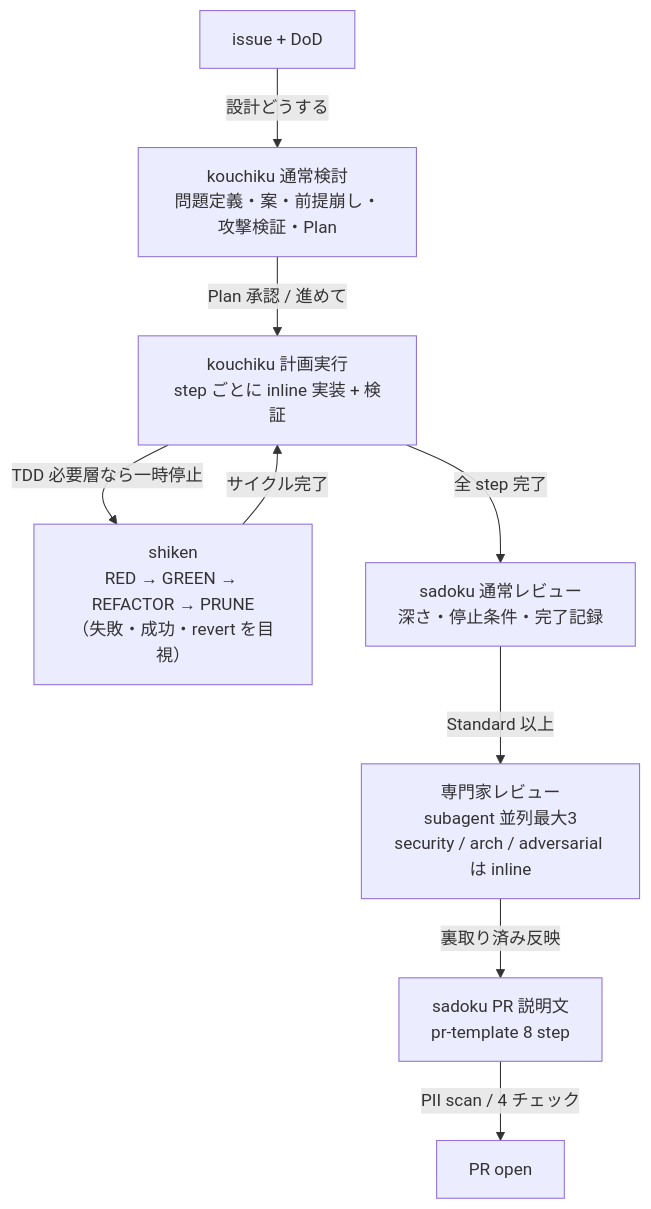
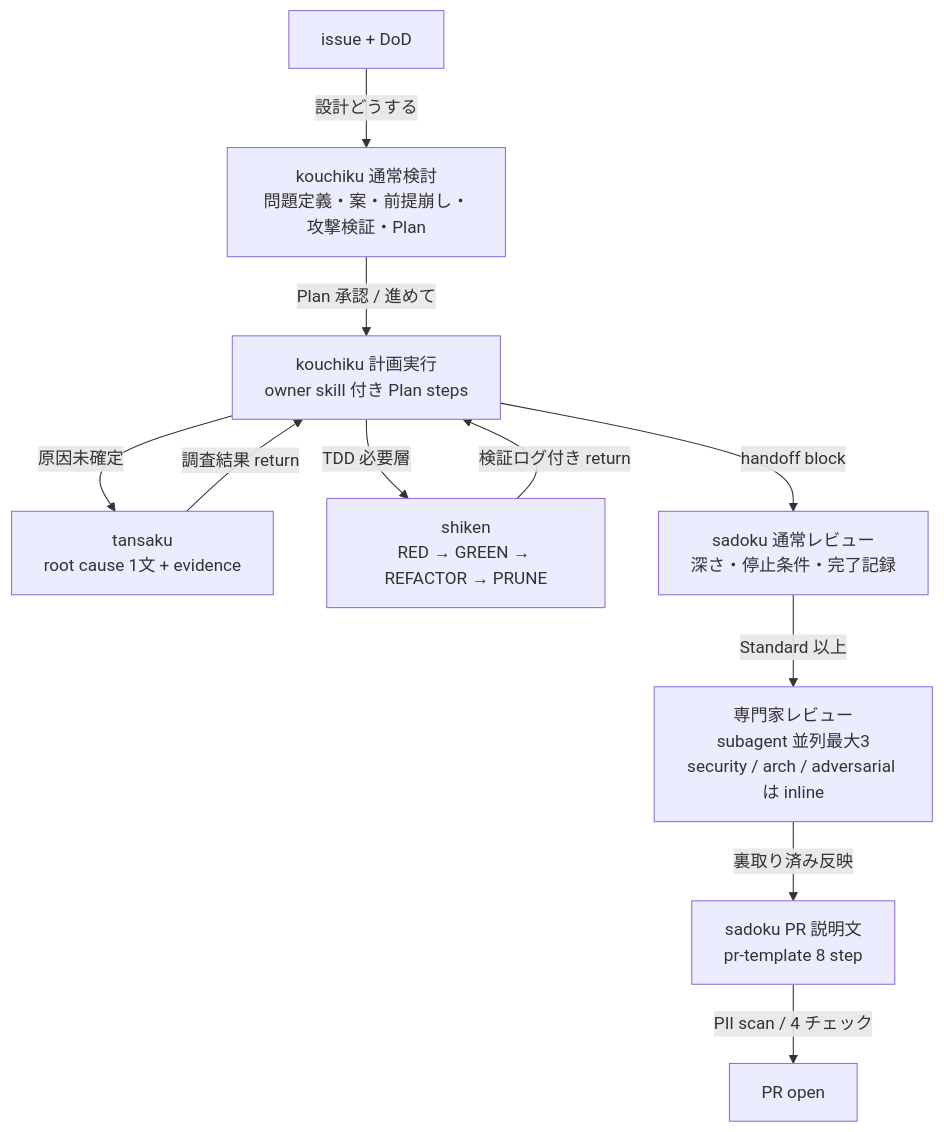
Before and after one commit to hayashiii-ghub/kufuu: the second of 9 diagrams in docs/workflow.md, drawn with Mermaid. The commit also changed other lines of this file and 7 other files, not shown here.

Commit message:
Add skill handoff policy

````diff
--- a/docs/workflow.md
+++ b/docs/workflow.md
@@ -69,11 +70,13 @@
 ```mermaid
 flowchart TB
   A["issue + DoD"] -->|"設計どうする"| B["kouchiku 通常検討<br/>問題定義・案・前提崩し・攻撃検証・Plan"]
-  B -->|"Plan 承認 / 進めて"| C["kouchiku 計画実行<br/>step ごとに inline 実装 + 検証"]
-  C -->|"TDD 必要層なら一時停止"| D["shiken<br/>RED → GREEN → REFACTOR → PRUNE<br/>（失敗・成功・revert を目視）"]
-  D -->|"サイクル完了"| C
-  C -->|"全 step 完了"| E["sadoku 通常レビュー<br/>深さ・停止条件・完了記録"]
+  B -->|"Plan 承認 / 進めて"| C["kouchiku 計画実行<br/>owner skill 付き Plan steps"]
+  C -->|"原因未確定"| I["tansaku<br/>root cause 1文 + evidence"]
+  I -->|"調査結果 return"| C
+  C -->|"TDD 必要層"| D["shiken<br/>RED → GREEN → REFACTOR → PRUNE"]
+  D -->|"検証ログ付き return"| C
+  C -->|"handoff block"| E["sadoku 通常レビュー<br/>深さ・停止条件・完了記録"]
   E -->|"Standard 以上"| F["専門家レビュー<br/>subagent 並列最大3<br/>security / arch / adversarial は inline"]
   F -->|"裏取り済み反映"| G["sadoku PR 説明文<br/>pr-template 8 step"]
   G -->|"PII scan / 4 チェック"| H["PR open"]
 ```
````
